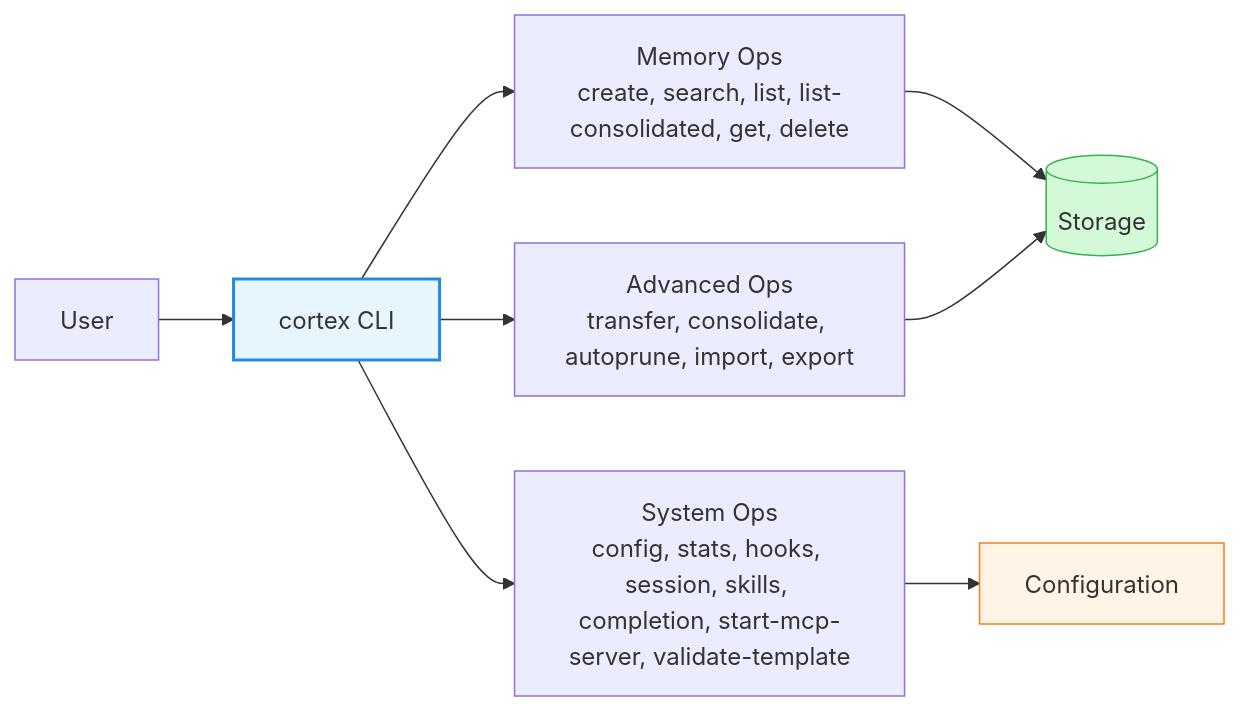
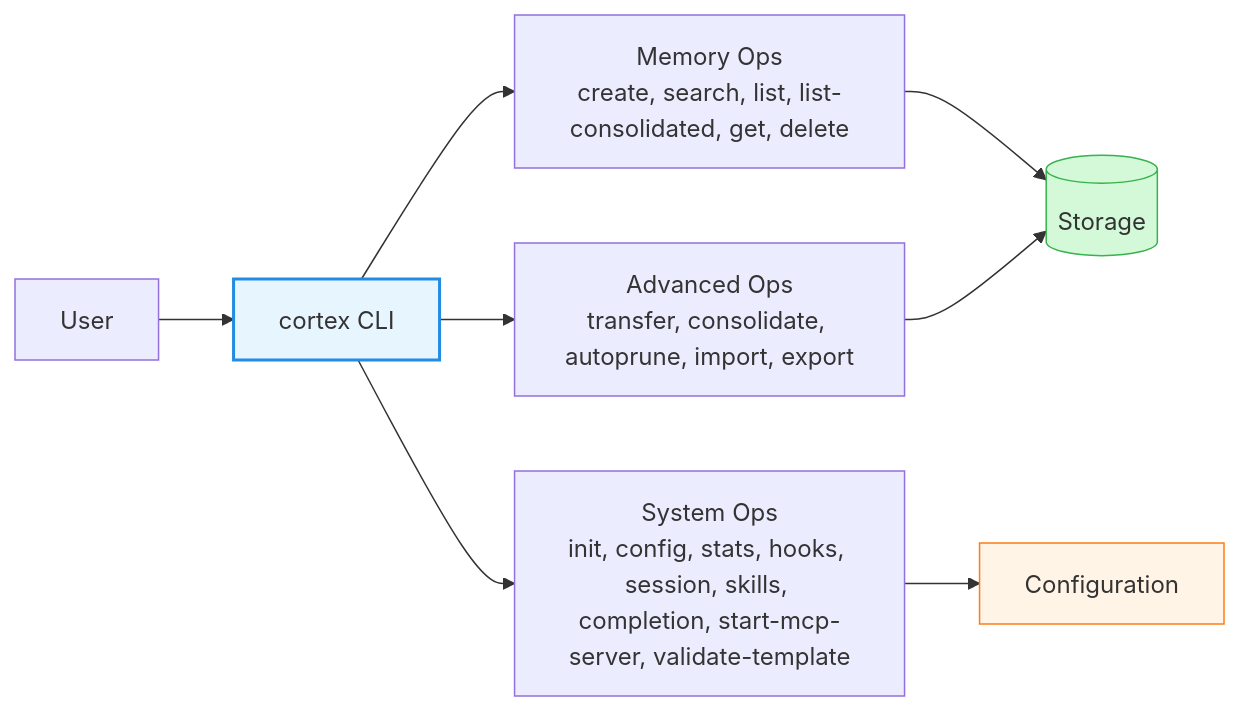
One commit to fmatsos/cortex changed the first of 5 diagrams in docs/cli/reference.md. Above: the diagram before and after it, drawn with Mermaid. The commit also changed other lines of this file and 1 other file, not shown here.

First line of the commit message:
feat: add cortex init command

````diff
--- a/docs/cli/reference.md
+++ b/docs/cli/reference.md
@@ -21,16 +21,16 @@
 ```mermaid
 graph LR
     User[User] --> CLI[cortex CLI]
 
     CLI --> MO[Memory Ops<br/>create, search, list, list-consolidated, get, delete]
     CLI --> AO[Advanced Ops<br/>transfer, consolidate, autoprune, import, export]
-    CLI --> SO[System Ops<br/>config, stats, hooks, session, skills, completion, start-mcp-server, validate-template]
+    CLI --> SO[System Ops<br/>init, config, stats, hooks, session, skills, completion, start-mcp-server, validate-template]
 
     MO --> Storage[(Storage)]
     AO --> Storage
     SO --> Config[Configuration]
 
     style CLI fill:#e7f5ff,stroke:#228be6,stroke-width:2px
     style Storage fill:#d3f9d8,stroke:#37b24d
     style Config fill:#fff4e6,stroke:#fd7e14
 ```
````
